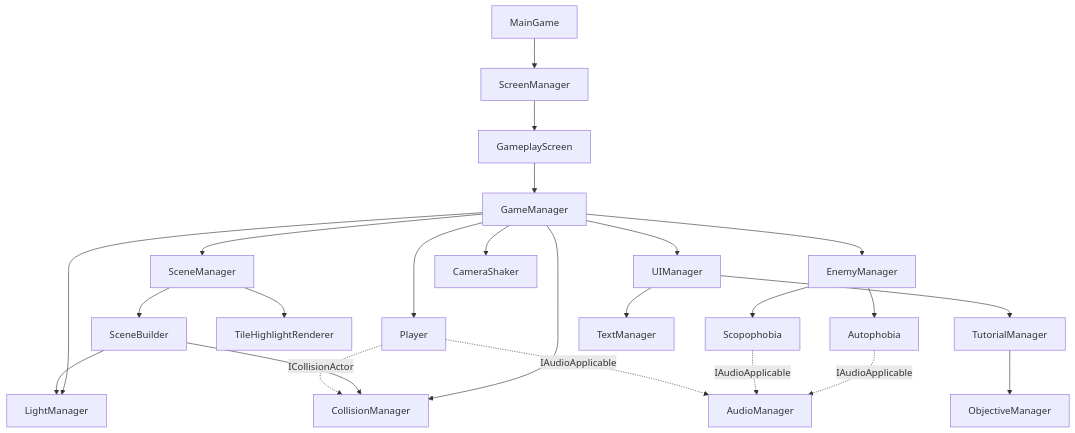
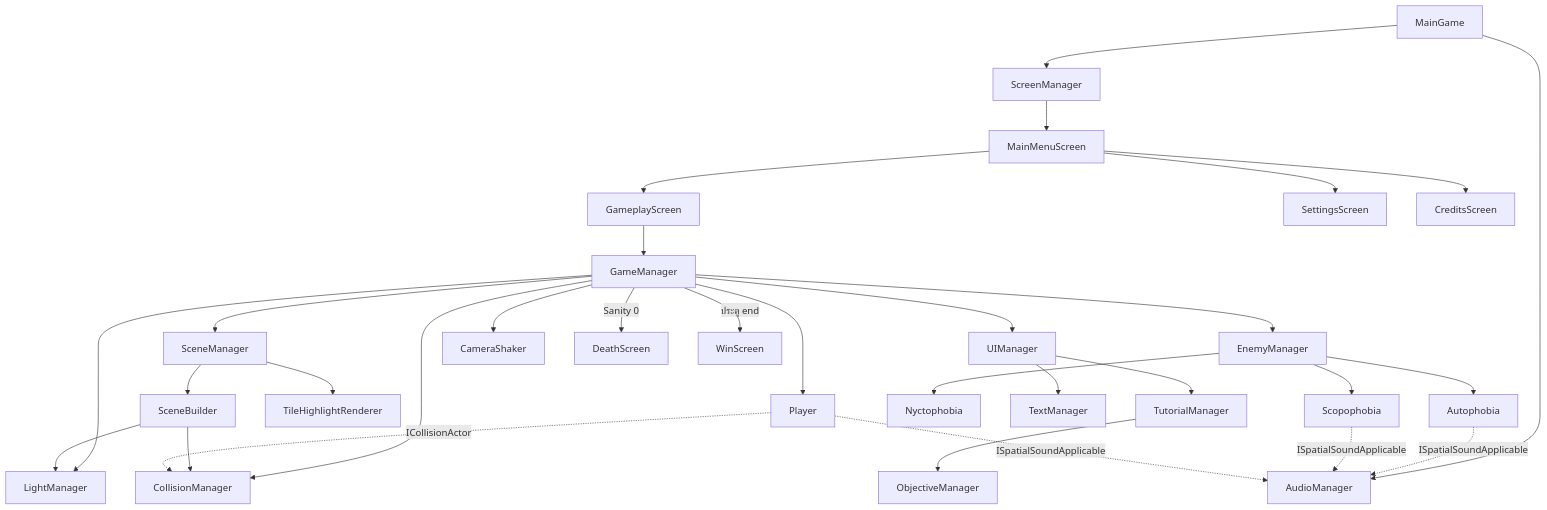
Before and after one commit to Sambopukkazz/DG225_CoreX: the diagram in docs/01_GDD/00-concept.md, drawn with Mermaid. The commit also changed other lines of this file and 14 other files, not shown here.

````diff
--- a/docs/01_GDD/00-concept.md
+++ b/docs/01_GDD/00-concept.md
@@ -118,26 +119,33 @@
 ```mermaid
 flowchart TD
     MainGame --> ScreenManager
-    ScreenManager --> GameplayScreen
+    ScreenManager --> MainMenuScreen
+    MainMenuScreen --> GameplayScreen
+    MainMenuScreen --> SettingsScreen
+    MainMenuScreen --> CreditsScreen
     GameplayScreen --> GameManager
     GameManager --> SceneManager
     GameManager --> CollisionManager
     GameManager --> LightManager
     GameManager --> EnemyManager
     GameManager --> UIManager
     GameManager --> Player
     GameManager --> CameraShaker
+    GameManager -->|Sanity 0| DeathScreen
+    GameManager -->|ประตู end| WinScreen
+    MainGame --> AudioManager
     SceneManager --> SceneBuilder
     SceneManager --> TileHighlightRenderer
     SceneBuilder --> CollisionManager
     SceneBuilder --> LightManager
     EnemyManager --> Autophobia
     EnemyManager --> Scopophobia
+    EnemyManager --> Nyctophobia
     UIManager --> TextManager
     UIManager --> TutorialManager
     TutorialManager --> ObjectiveManager
-    Autophobia -.IAudioApplicable.-> AudioManager
-    Scopophobia -.IAudioApplicable.-> AudioManager
+    Autophobia -.ISpatialSoundApplicable.-> AudioManager
+    Scopophobia -.ISpatialSoundApplicable.-> AudioManager
     Player -.ICollisionActor.-> CollisionManager
-    Player -.IAudioApplicable.-> AudioManager
+    Player -.ISpatialSoundApplicable.-> AudioManager
 ```
````
